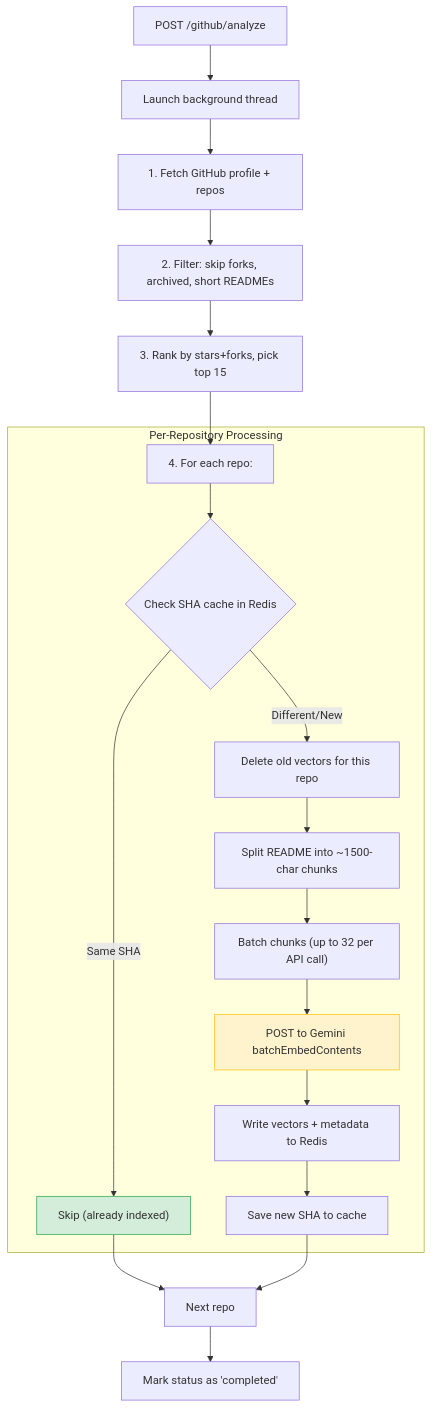
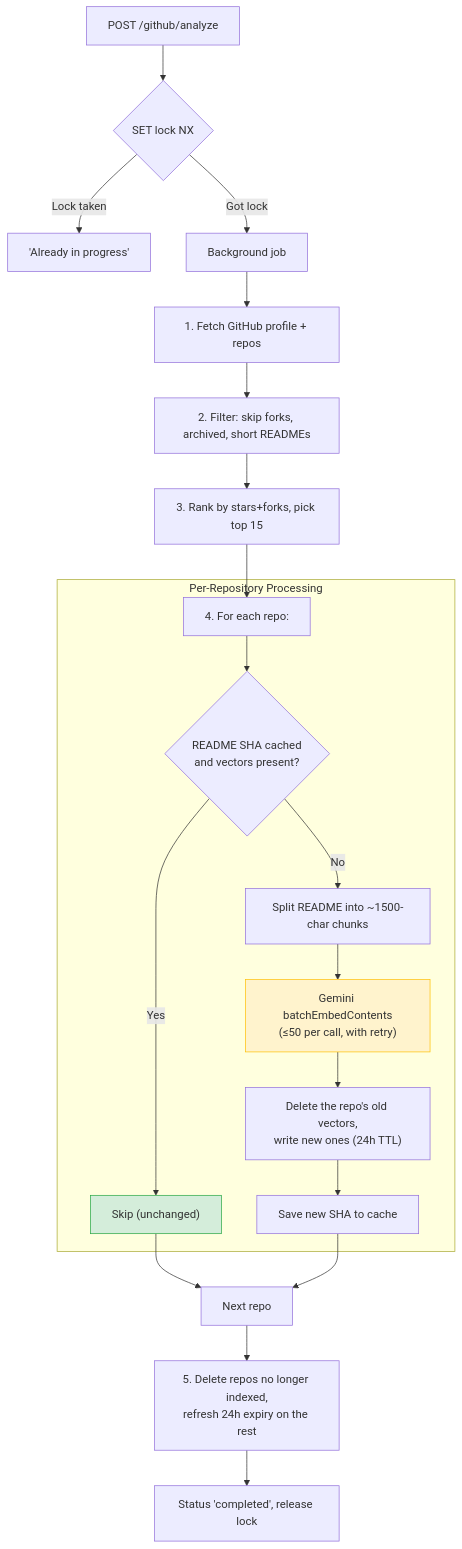
Before and after one commit to mujeebmasi/redis-rag: the fifth of 6 diagrams in README.md, drawn with Mermaid. The commit also changed other lines of this file and 8 other files, not shown here.

````diff
--- a/README.md
+++ b/README.md
@@ -334,26 +320,27 @@
 ```mermaid
 graph TD
-    Start["POST /github/analyze"] --> BG["Launch background thread"]
+    Start["POST /github/analyze"] --> Lock{"SET lock NX"}
+    Lock -->|"Lock taken"| Busy["'Already in progress'"]
+    Lock -->|"Got lock"| BG["Background job"]
     BG --> Fetch["1. Fetch GitHub profile + repos"]
     Fetch --> Filter["2. Filter: skip forks, archived, short READMEs"]
     Filter --> Rank["3. Rank by stars+forks, pick top 15"]
     Rank --> Loop["4. For each repo:"]
 
     subgraph PerRepo["Per-Repository Processing"]
-        Loop --> SHA{"Check SHA cache in Redis"}
-        SHA -->|"Same SHA"| Skip["Skip (already indexed)"]
-        SHA -->|"Different/New"| Clean["Delete old vectors for this repo"]
-        Clean --> Chunk["Split README into ~1500-char chunks"]
-        Chunk --> Batch["Batch chunks (up to 32 per API call)"]
-        Batch --> Embed["POST to Gemini batchEmbedContents"]
-        Embed --> Store["Write vectors + metadata to Redis"]
-        Store --> Cache["Save new SHA to cache"]
+        Loop --> SHA{"README SHA cached<br/>and vectors present?"}
+        SHA -->|"Yes"| Skip["Skip (unchanged)"]
+        SHA -->|"No"| Chunk["Split README into ~1500-char chunks"]
+        Chunk --> Embed["Gemini batchEmbedContents<br/>(≤50 per call, with retry)"]
+        Embed --> Replace["Delete the repo's old vectors,<br/>write new ones (24h TTL)"]
+        Replace --> Cache["Save new SHA to cache"]
     end
 
     Skip --> Next["Next repo"]
     Cache --> Next
-    Next --> Done["Mark status as 'completed'"]
+    Next --> Prune["5. Delete repos no longer indexed,<br/>refresh 24h expiry on the rest"]
+    Prune --> Done["Status 'completed', release lock"]
 
     style Skip fill:#d4edda,stroke:#28a745
     style Embed fill:#fff3cd,stroke:#ffc107
 ```
````
